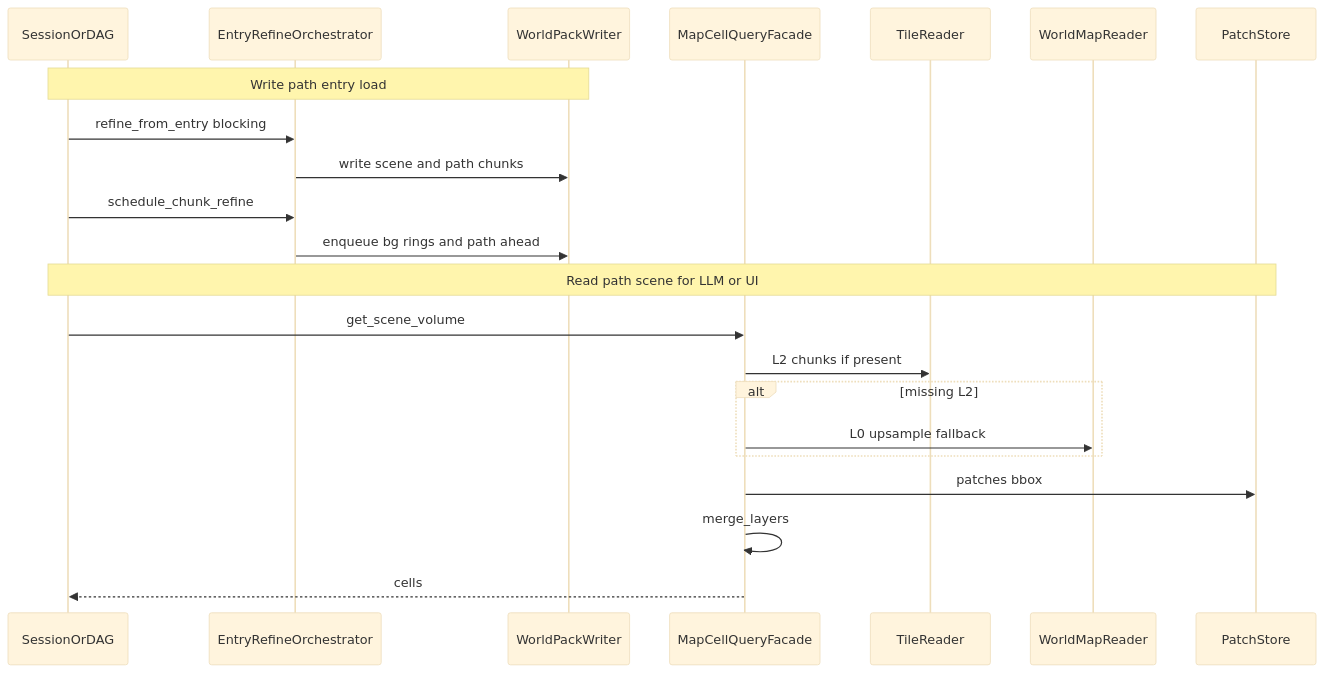
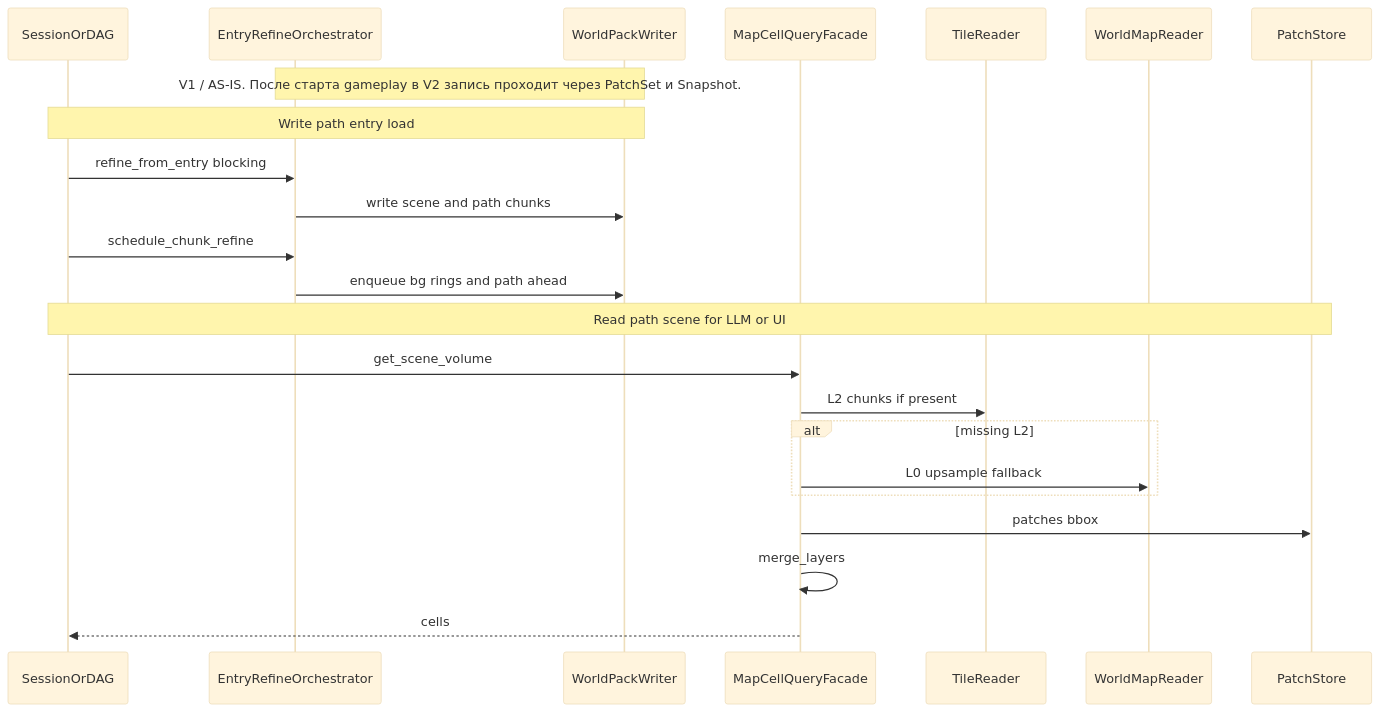
One commit to AndrewBondaren/AI-Project changed diagram 12 of 15 in docs/tz_world_pack_storage.md. Above: the diagram before and after it, drawn with Mermaid (base theme). The commit also changed other lines of this file, not shown here.

Commit message:
feat(docs): enhance documentation for World Pack storage and activation processes

````diff
--- a/docs/tz_world_pack_storage.md
+++ b/docs/tz_world_pack_storage.md
@@ -1868,26 +1903,27 @@
 ```mermaid
 sequenceDiagram
   participant Session as SessionOrDAG
   participant Entry as EntryRefineOrchestrator
   participant Pack as WorldPackWriter
+  Note over Entry,Pack: V1 / AS-IS. После старта gameplay в V2 запись проходит через PatchSet и Snapshot.
   participant Q as MapCellQueryFacade
   participant L2 as TileReader
   participant L0 as WorldMapReader
   participant P as PatchStore
 
   Note over Session,Pack: Write path entry load
   Session->>Entry: refine_from_entry blocking
   Entry->>Pack: write scene and path chunks
   Session->>Entry: schedule_chunk_refine
   Entry->>Pack: enqueue bg rings and path ahead
 
   Note over Session,P: Read path scene for LLM or UI
   Session->>Q: get_scene_volume
   Q->>L2: L2 chunks if present
   alt missing L2
     Q->>L0: L0 upsample fallback
   end
   Q->>P: patches bbox
   Q->>Q: merge_layers
   Q-->>Session: cells
 ```
````
